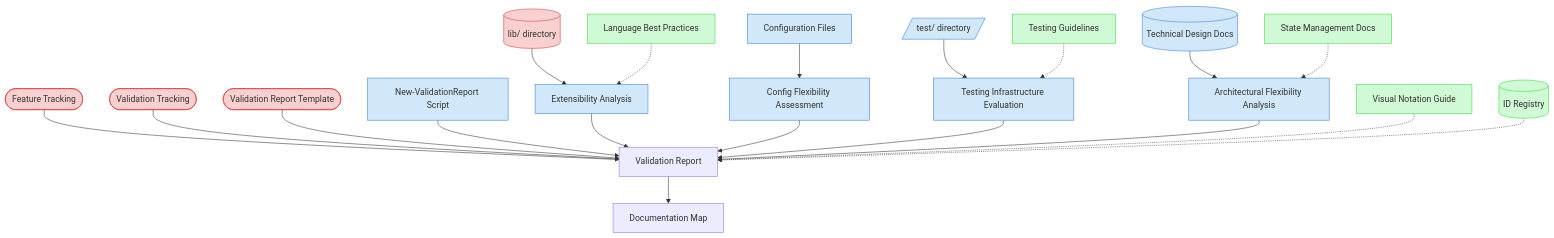
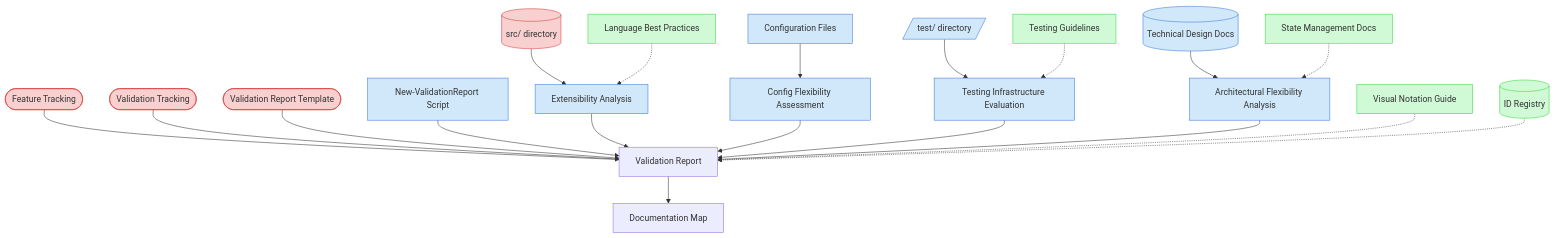
One commit to Abtomation/LinkWatcher changed the diagram in process-framework/visualization/context-maps/05-validation/extensibility-maintainability-validation-map.md. Above: the diagram before and after it, drawn with Mermaid. The commit also changed other lines of this file and 457 other files, not shown here.

````diff
--- a/process-framework/visualization/context-maps/05-validation/extensibility-maintainability-validation-map.md
+++ b/process-framework/visualization/context-maps/05-validation/extensibility-maintainability-validation-map.md
@@ -19,32 +17,32 @@
 ```mermaid
 graph TD
     classDef critical fill:#f9d0d0,stroke:#d83a3a
     classDef important fill:#d0e8f9,stroke:#3a7bd8
     classDef reference fill:#d0f9d5,stroke:#3ad83f
 
     FT([Feature Tracking]) --> VR[Validation Report]
     FVT([Validation Tracking]) --> VR
     VRT([Validation Report Template]) --> VR
-    LIB[(lib/ directory)] --> EA[Extensibility Analysis]
+    LIB[(src/ directory)] --> EA[Extensibility Analysis]
 
     CONFIG[Configuration Files] --> CFA[Config Flexibility Assessment]
     TEST[/test/ directory/] --> TIE[Testing Infrastructure Evaluation]
     TDD[(Technical Design Docs)] --> AFA[Architectural Flexibility Analysis]
     NVRS[New-ValidationReport Script] --> VR
 
     EA --> VR
     CFA --> VR
     TIE --> VR
     AFA --> VR
     VR --> DM[Documentation Map]
 
     BESTPRAC[Language Best Practices] -.-> EA
     TESTING[Testing Guidelines] -.-> TIE
     STATEMGMT[State Management Docs] -.-> AFA
     VNG[Visual Notation Guide] -.-> VR
     IDR[(ID Registry)] -.-> VR
 
     class FT,FVT,VRT,LIB critical
     class CONFIG,TEST,TDD,NVRS,EA,CFA,TIE,AFA important
     class BESTPRAC,TESTING,STATEMGMT,VNG,IDR reference
 ```
````
